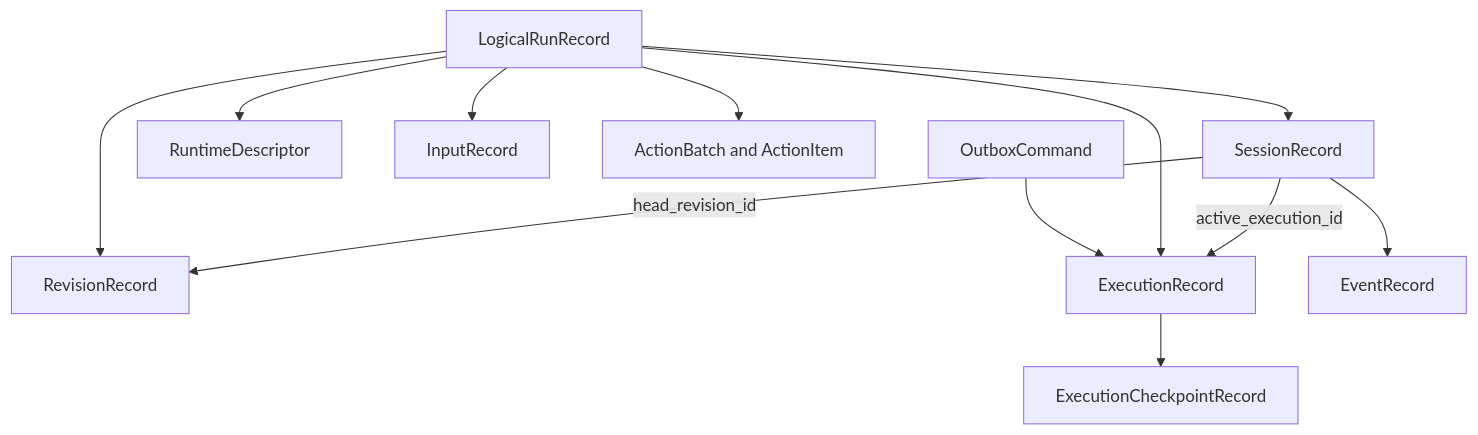
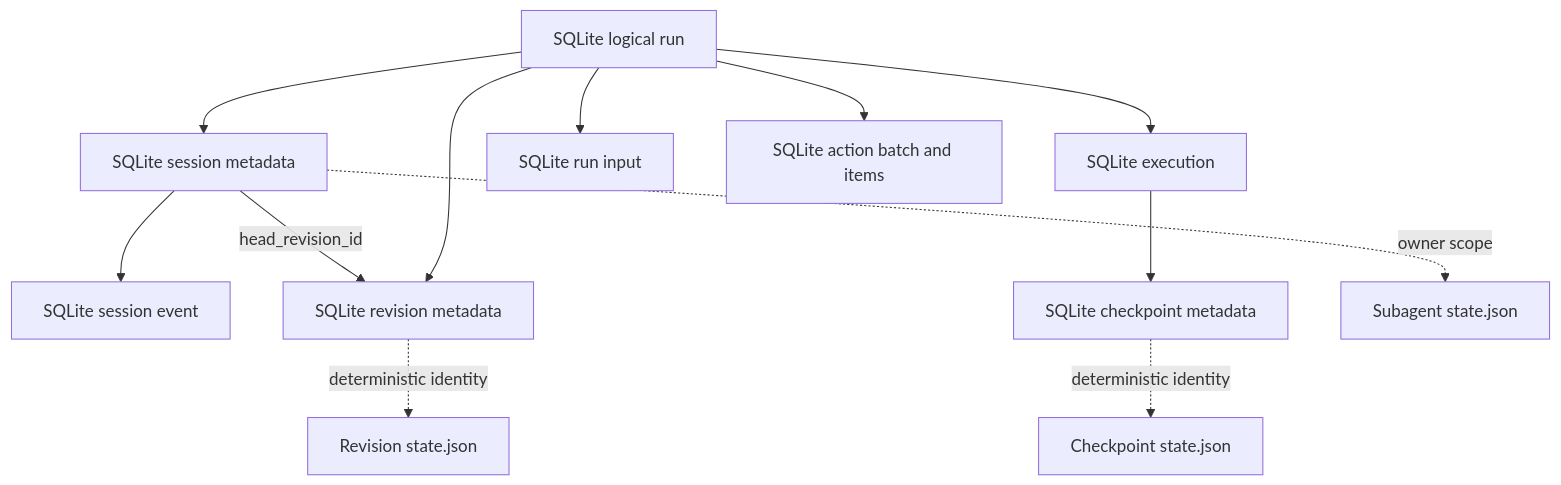
The diagram in packages/yaacli/spec/05-session-persistence.md (Wh1isper/ya-agent-sdk), drawn with Mermaid before and after one commit. The commit also changed other lines of this file and 20 other files, not shown here.

````diff
--- a/packages/yaacli/spec/05-session-persistence.md
+++ b/packages/yaacli/spec/05-session-persistence.md
@@ -26,25 +88,27 @@
 ```mermaid
 flowchart TB
-    Session[SessionRecord]
-    Revision[RevisionRecord]
-    Descriptor[RuntimeDescriptor]
-    Run[LogicalRunRecord]
-    Execution[ExecutionRecord]
-    Checkpoint[ExecutionCheckpointRecord]
-    Input[InputRecord]
-    Action[ActionBatch and ActionItem]
-    Event[EventRecord]
-    Outbox[OutboxCommand]
+    Session[SQLite session metadata]
+    Run[SQLite logical run]
+    Execution[SQLite execution]
+    Input[SQLite run input]
+    Action[SQLite action batch and items]
+    Event[SQLite session event]
+    RevisionMeta[SQLite revision metadata]
+    CheckpointMeta[SQLite checkpoint metadata]
 
-    Session -->|head_revision_id| Revision
-    Session -->|active_execution_id| Execution
+    RevisionFile[Revision state.json]
+    CheckpointFile[Checkpoint state.json]
+    ChildFile[Subagent state.json]
+
+    Session -->|head_revision_id| RevisionMeta
     Run --> Session
-    Run --> Descriptor
     Run --> Execution
-    Execution --> Checkpoint
     Run --> Input
     Run --> Action
-    Run --> Revision
     Session --> Event
-    Outbox --> Execution
+    Run --> RevisionMeta
+    Execution --> CheckpointMeta
+    RevisionMeta -. deterministic identity .-> RevisionFile
+    CheckpointMeta -. deterministic identity .-> CheckpointFile
+    Session -. owner scope .-> ChildFile
 ```
````
